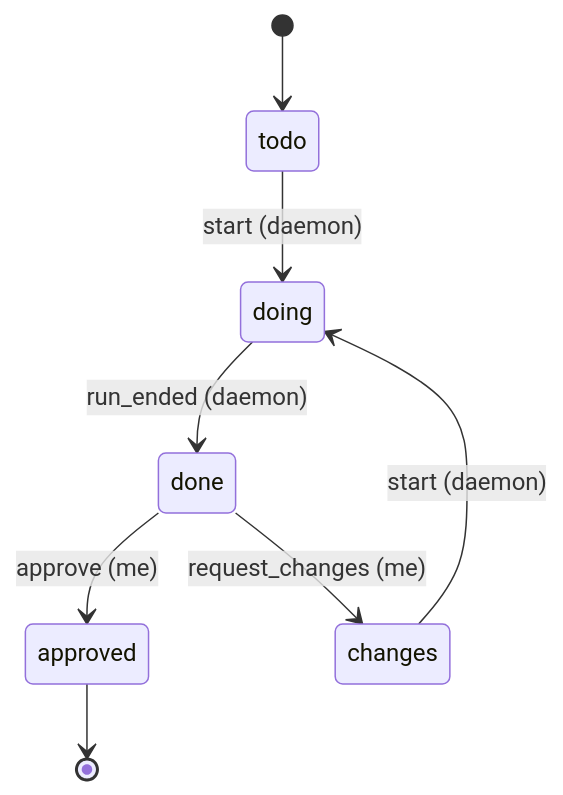
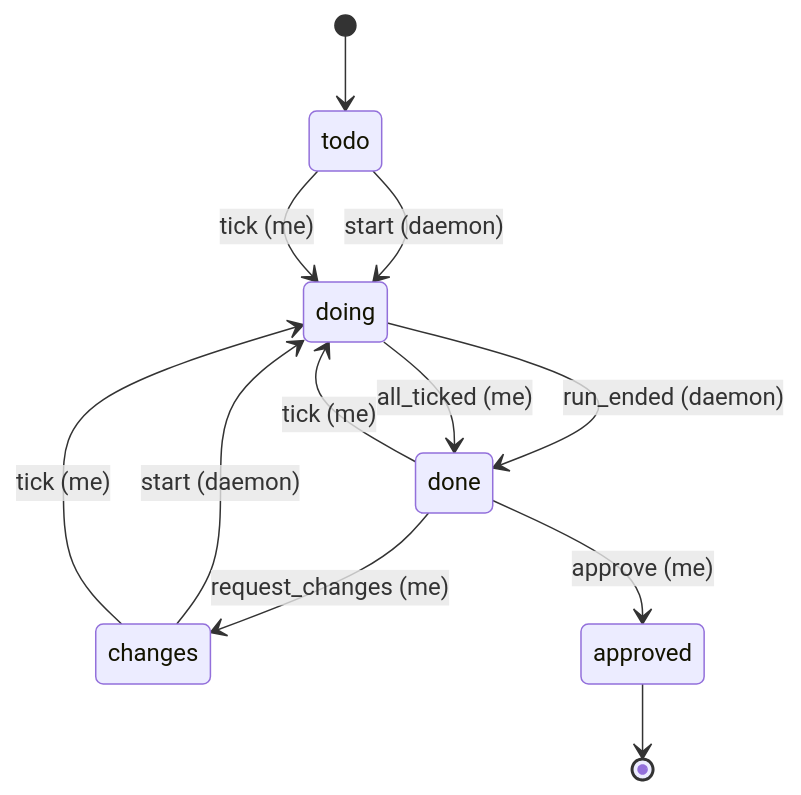
Before and after one commit to LakhdariAnis/sprint-hub: the diagram in docs/states.md, drawn with Mermaid. The commit also changed 2 other files, not shown here.

Commit message:
feat(0.3.0/306): tick and all_ticked moves for by: me steps

````diff
--- a/docs/states.md
+++ b/docs/states.md
@@ -6,10 +6,14 @@
 ```mermaid
 stateDiagram-v2
     [*] --> todo
     todo --> doing: start (daemon)
     changes --> doing: start (daemon)
     doing --> done: run_ended (daemon)
     done --> approved: approve (me)
     done --> changes: request_changes (me)
+    todo --> doing: tick (me)
+    changes --> doing: tick (me)
+    done --> doing: tick (me)
+    doing --> done: all_ticked (me)
     approved --> [*]
 ```
````
